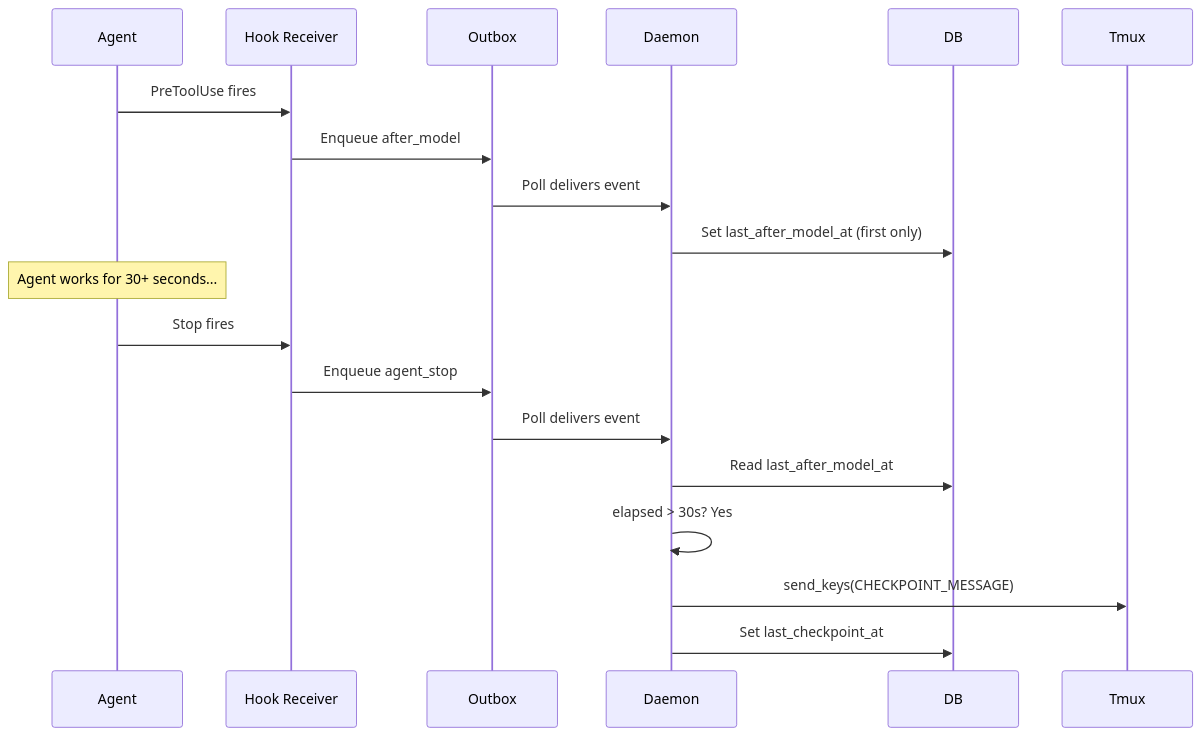
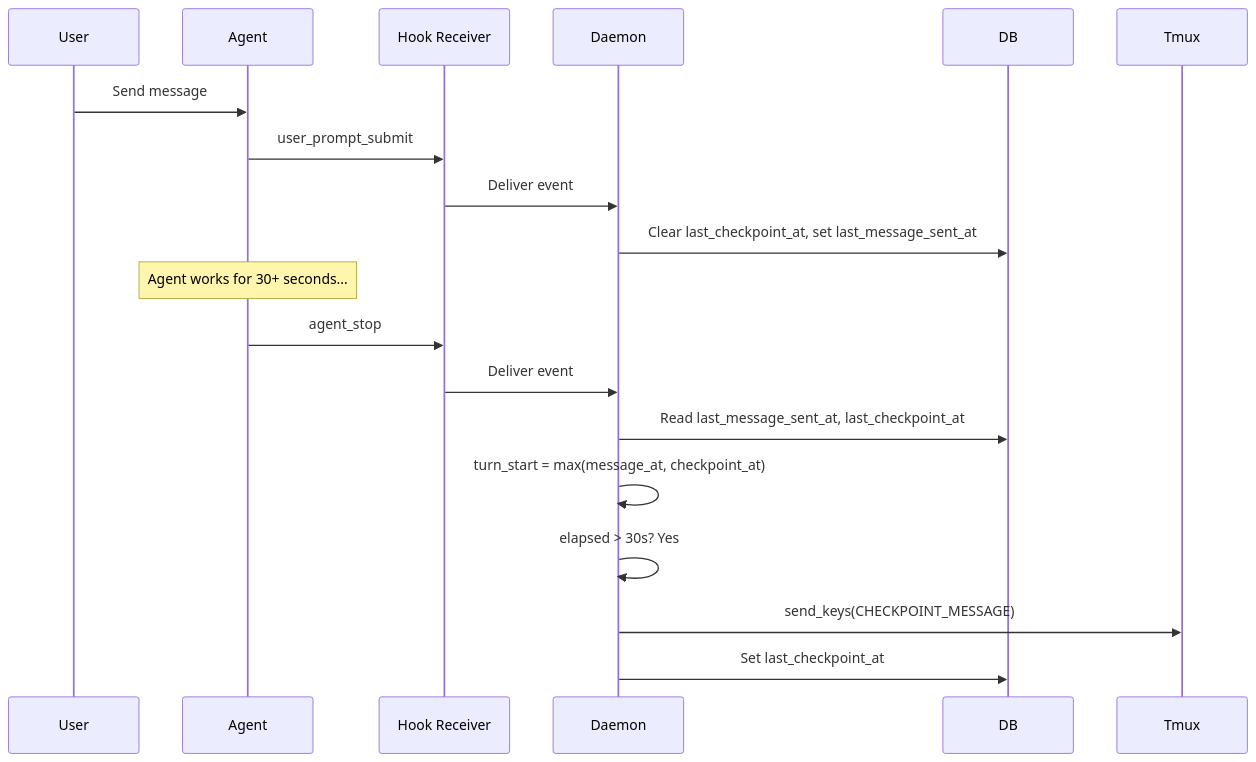
One commit to InstruktAI/TeleClaude changed the first of 4 diagrams in docs/project/design/architecture/checkpoint-system.md. Above: the diagram before and after it, drawn with Mermaid. The commit also changed other lines of this file and 15 other files, not shown here.

````diff
--- a/docs/project/design/architecture/checkpoint-system.md
+++ b/docs/project/design/architecture/checkpoint-system.md
@@ -46,24 +50,24 @@
 ```mermaid
 sequenceDiagram
+    participant User
     participant Agent
     participant Hook as Hook Receiver
-    participant Outbox
     participant Daemon
     participant DB
     participant Tmux
 
-    Agent->>Hook: PreToolUse fires
-    Hook->>Outbox: Enqueue after_model
-    Outbox->>Daemon: Poll delivers event
-    Daemon->>DB: Set last_after_model_at (first only)
+    User->>Agent: Send message
+    Agent->>Hook: user_prompt_submit
+    Hook->>Daemon: Deliver event
+    Daemon->>DB: Clear last_checkpoint_at, set last_message_sent_at
 
     Note over Agent: Agent works for 30+ seconds...
 
-    Agent->>Hook: Stop fires
-    Hook->>Outbox: Enqueue agent_stop
-    Outbox->>Daemon: Poll delivers event
-    Daemon->>DB: Read last_after_model_at
+    Agent->>Hook: agent_stop
+    Hook->>Daemon: Deliver event
+    Daemon->>DB: Read last_message_sent_at, last_checkpoint_at
+    Daemon->>Daemon: turn_start = max(message_at, checkpoint_at)
     Daemon->>Daemon: elapsed > 30s? Yes
     Daemon->>Tmux: send_keys(CHECKPOINT_MESSAGE)
     Daemon->>DB: Set last_checkpoint_at
 ```
````
